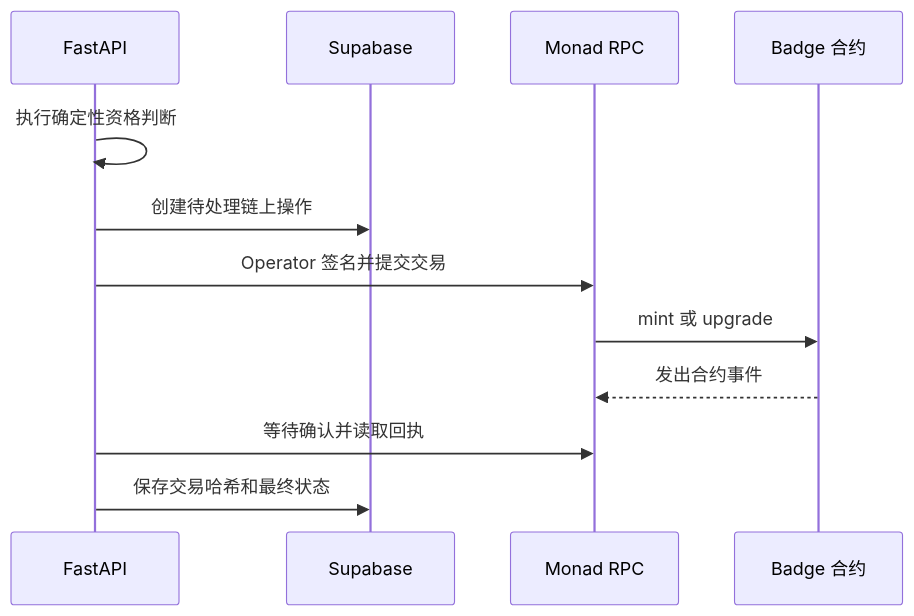
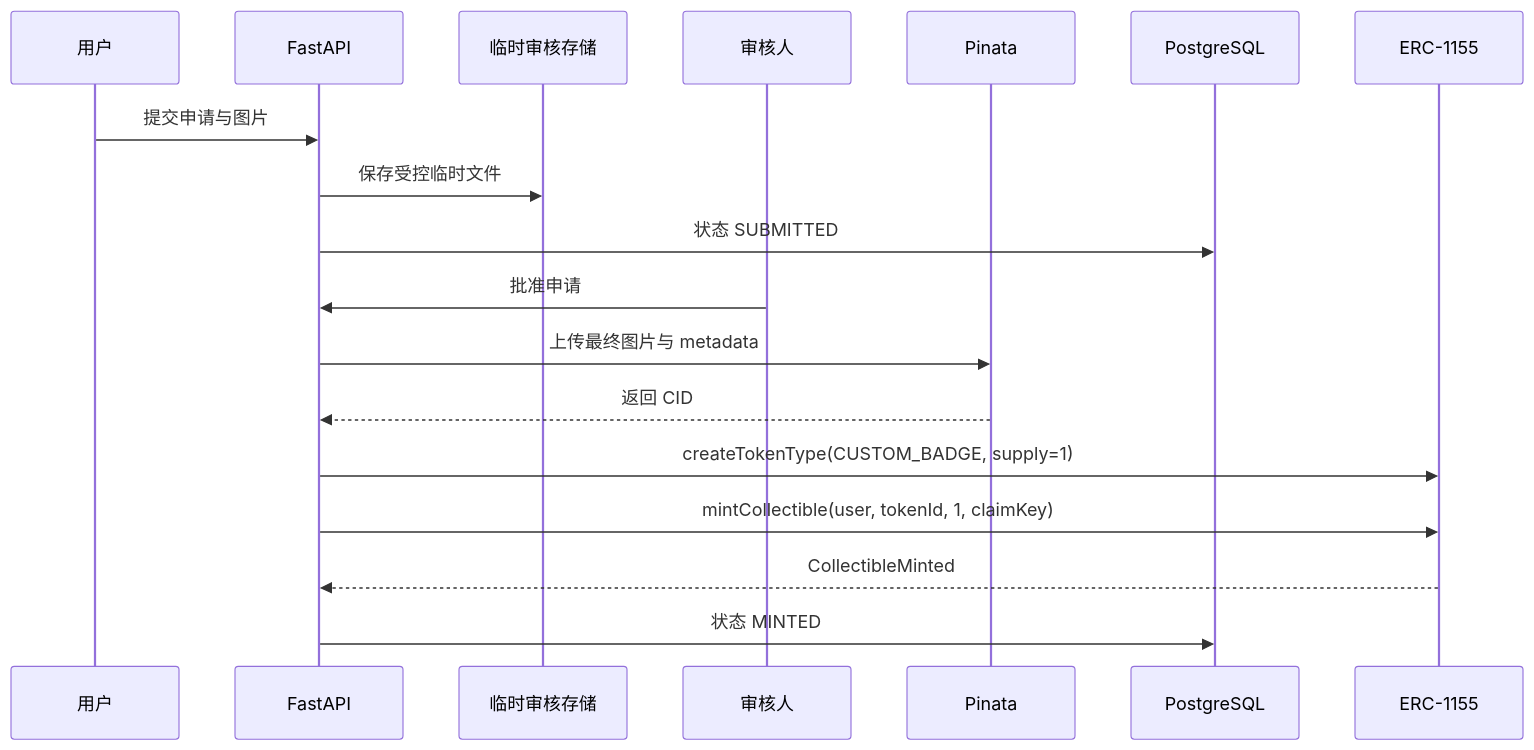
One commit to ouminghai/Fanora changed the fifth of 5 diagrams in docs/ARCHITECTURE.md. Above: the diagram before and after it, drawn with Mermaid. The commit also changed other lines of this file and 86 other files, not shown here.

````diff
--- a/docs/ARCHITECTURE.md
+++ b/docs/ARCHITECTURE.md
@@ -394,15 +367,21 @@
 ```mermaid
 sequenceDiagram
-    participant API as FastAPI
-    participant DB as Supabase
-    participant RPC as Monad RPC
-    participant C as Badge 合约
+    participant U as 用户
+    participant B as FastAPI
+    participant S as 临时审核存储
+    participant R as 审核人
+    participant P as Pinata
+    participant D as PostgreSQL
+    participant C as ERC-1155
 
-    API->>API: 执行确定性资格判断
-    API->>DB: 创建待处理链上操作
-    API->>RPC: Operator 签名并提交交易
-    RPC->>C: mint 或 upgrade
-    C-->>RPC: 发出合约事件
-    API->>RPC: 等待确认并读取回执
-    API->>DB: 保存交易哈希和最终状态
+    U->>B: 提交申请与图片
+    B->>S: 保存受控临时文件
+    B->>D: 状态 SUBMITTED
+    R->>B: 批准申请
+    B->>P: 上传最终图片与 metadata
+    P-->>B: 返回 CID
+    B->>C: createTokenType(CUSTOM_BADGE, supply=1)
+    B->>C: mintCollectible(user, tokenId, 1, claimKey)
+    C-->>B: CollectibleMinted
+    B->>D: 状态 MINTED
 ```
````
